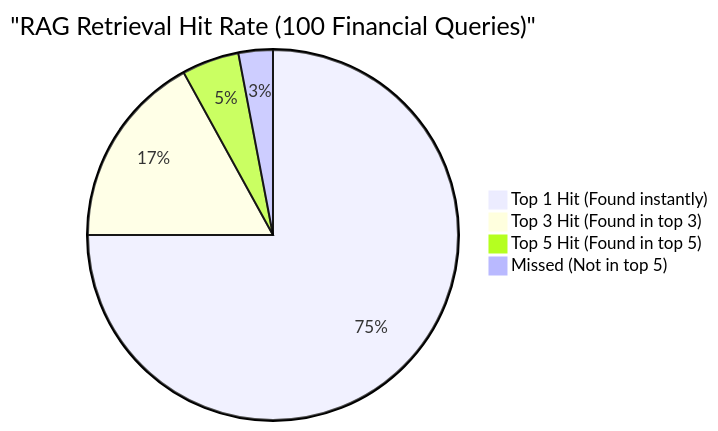
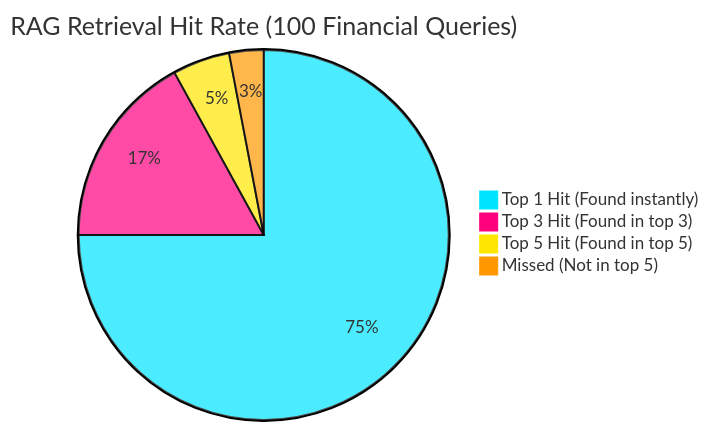
The fourth of 5 diagrams in BENCHMARKS.md (N-PCs/deal.ml), drawn with Mermaid before and after one commit. The commit also changed other lines of this file, not shown here.

````diff
--- a/BENCHMARKS.md
+++ b/BENCHMARKS.md
@@ -86,7 +100,8 @@
 ```mermaid
-pie title "RAG Retrieval Hit Rate (100 Financial Queries)"
+%%{init: { 'theme': 'base', 'themeVariables': { 'pie1': '#00E5FF', 'pie2': '#FF007F', 'pie3': '#FFE600', 'pie4': '#FF9800', 'pie5': '#4CAF50' }}}%%
+pie title RAG Retrieval Hit Rate (100 Financial Queries)
     "Top 1 Hit (Found instantly)" : 75
     "Top 3 Hit (Found in top 3)" : 17
     "Top 5 Hit (Found in top 5)" : 5
     "Missed (Not in top 5)" : 3
 ```
````
